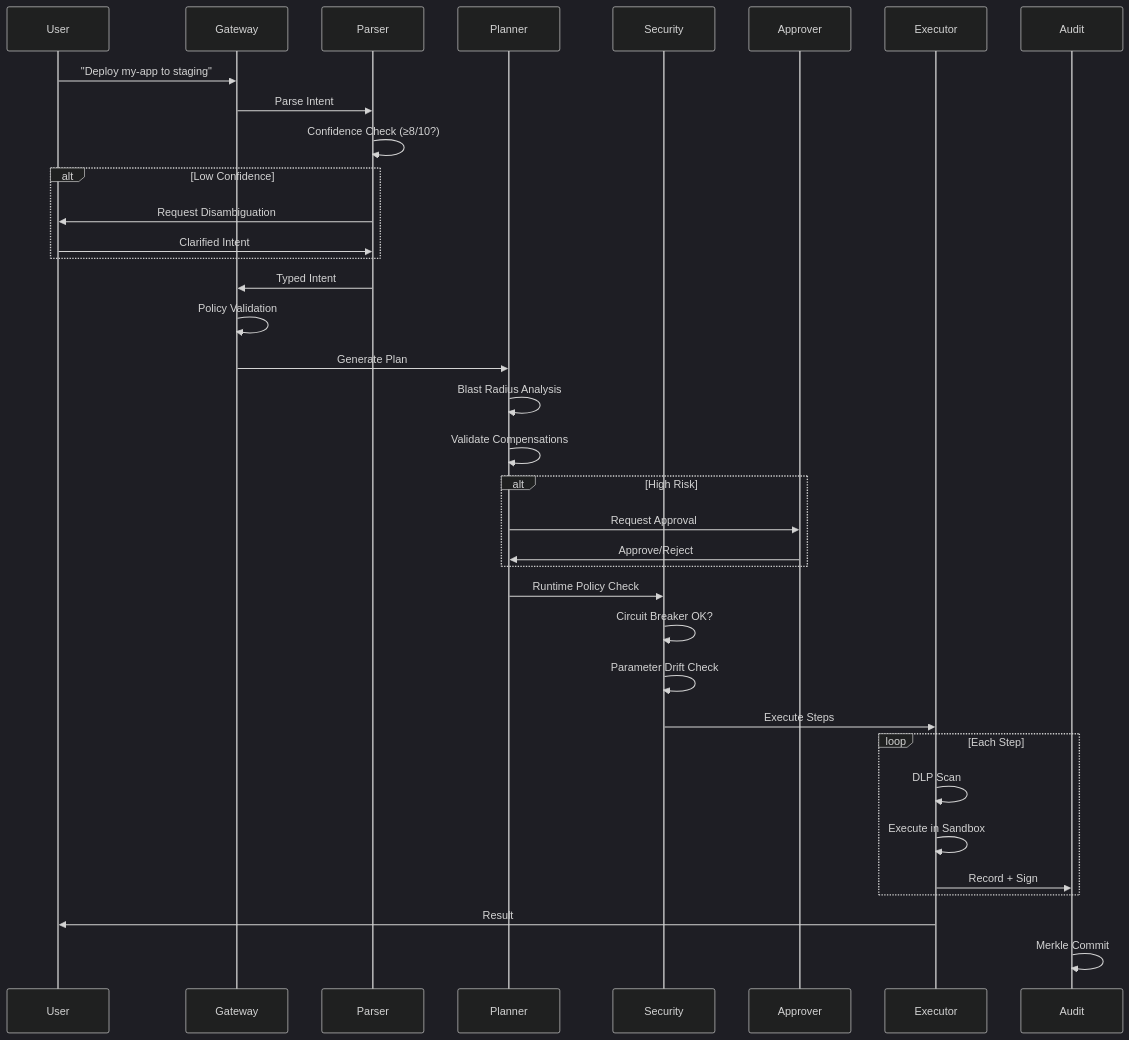
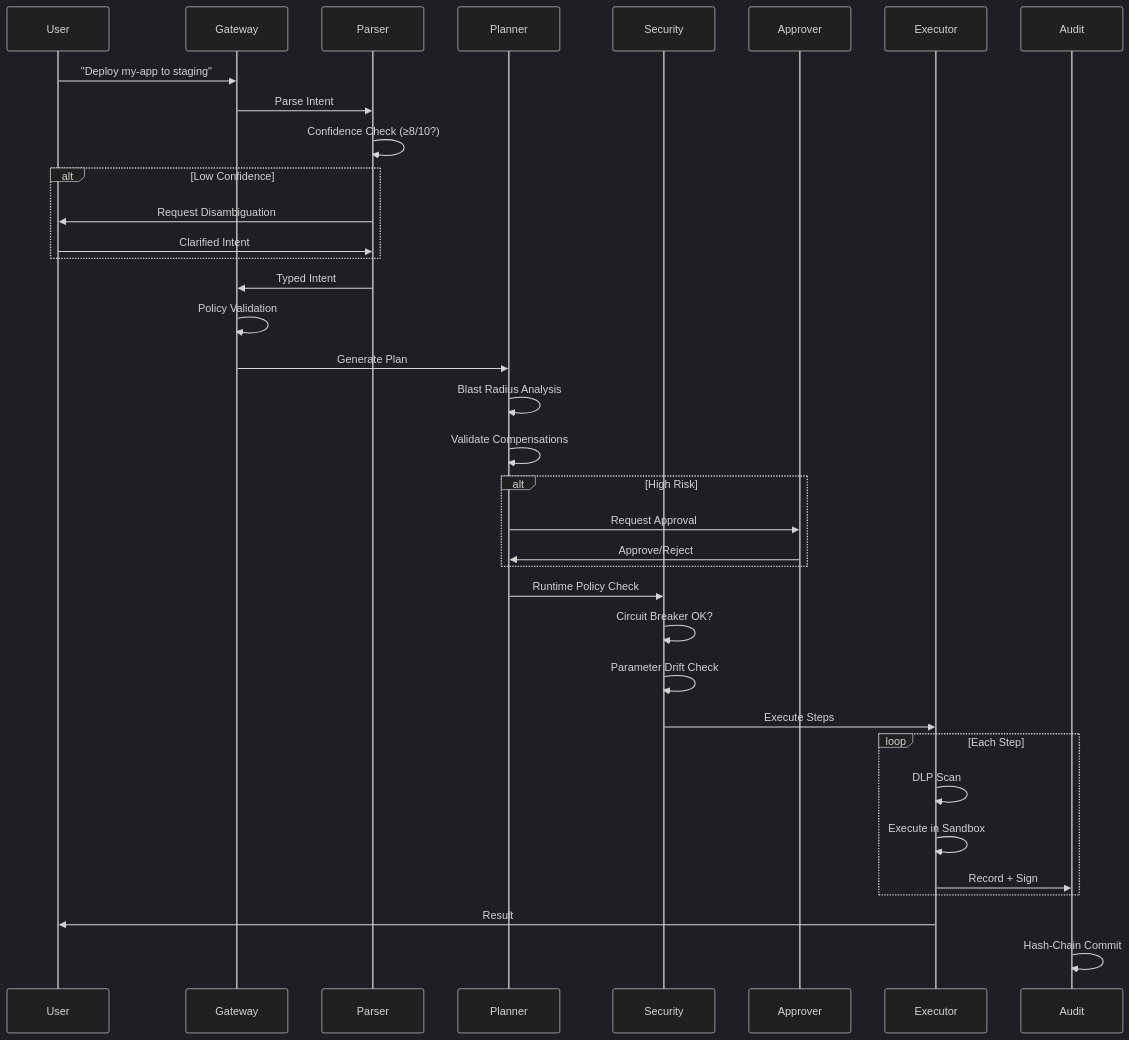
Before and after one commit to ekuelkpodar/AEGIS-T2A: the second of 2 diagrams in README.md, drawn with Mermaid (dark theme). The commit also changed other lines of this file, not shown here.

Commit message:
Update README with current capabilities and architecture

````diff
--- a/README.md
+++ b/README.md
@@ -467,45 +428,45 @@
 ```mermaid
 sequenceDiagram
     participant U as User
     participant G as Gateway
     participant P as Parser
     participant PL as Planner
     participant S as Security
     participant A as Approver
     participant E as Executor
     participant AU as Audit
 
     U->>G: "Deploy my-app to staging"
     G->>P: Parse Intent
     P->>P: Confidence Check (≥8/10?)
 
     alt Low Confidence
         P->>U: Request Disambiguation
         U->>P: Clarified Intent
     end
 
     P->>G: Typed Intent
     G->>G: Policy Validation
     G->>PL: Generate Plan
     PL->>PL: Blast Radius Analysis
     PL->>PL: Validate Compensations
 
     alt High Risk
         PL->>A: Request Approval
         A->>PL: Approve/Reject
     end
 
     PL->>S: Runtime Policy Check
     S->>S: Circuit Breaker OK?
     S->>S: Parameter Drift Check
     S->>E: Execute Steps
 
     loop Each Step
         E->>E: DLP Scan
         E->>E: Execute in Sandbox
         E->>AU: Record + Sign
     end
 
     E->>U: Result
-    AU->>AU: Merkle Commit
+    AU->>AU: Hash-Chain Commit
 ```
````
